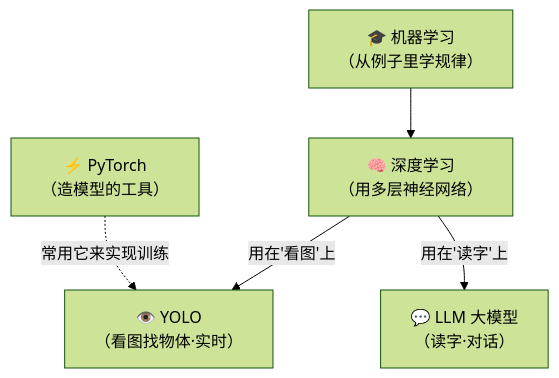
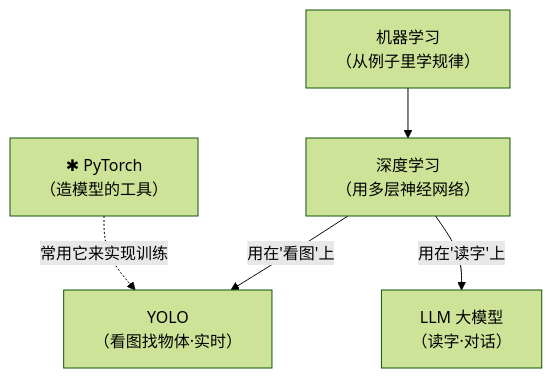
One commit to luckykhy/KhyAiHub changed the seventh of 7 diagrams in docs/02_CONCEPTS_概念入门/CONCEPT/[CONCEPT-17] 什么是YOLO-实时目标检测.md. Above: the diagram before and after it, drawn with Mermaid (forest theme). The commit also changed other lines of this file and 19 other files, not shown here.

````diff
--- a/docs/02_CONCEPTS_概念入门/CONCEPT/[CONCEPT-17] 什么是YOLO-实时目标检测.md
+++ b/docs/02_CONCEPTS_概念入门/CONCEPT/[CONCEPT-17] 什么是YOLO-实时目标检测.md
@@ -244,12 +244,12 @@
 ```mermaid
 flowchart TB
-  ML["🎓 机器学习<br/>（从例子里学规律）"]
-  DL["🧠 深度学习<br/>（用多层神经网络）"]
-  YOLO["👁️ YOLO<br/>（看图找物体·实时）"]
-  LLM["💬 LLM 大模型<br/>（读字·对话）"]
-  PT["⚡ PyTorch<br/>（造模型的工具）"]
+  ML["机器学习<br/>（从例子里学规律）"]
+  DL["深度学习<br/>（用多层神经网络）"]
+  YOLO["YOLO<br/>（看图找物体·实时）"]
+  LLM["LLM 大模型<br/>（读字·对话）"]
+  PT["✱ PyTorch<br/>（造模型的工具）"]
   ML --> DL
   DL -->|"用在'看图'上"| YOLO
   DL -->|"用在'读字'上"| LLM
   PT -.->|"常用它来实现训练"| YOLO
 ```
````
